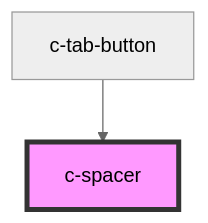
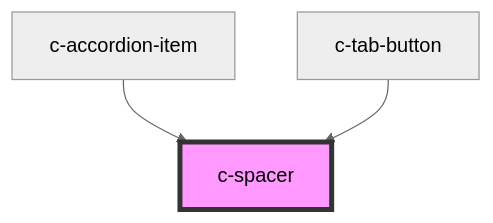
Before and after one commit to hannyle/csc-ui: the diagram in src/components/spacer/readme.md, drawn with Mermaid (neutral theme). The commit also changed other lines of this file and 14 other files, not shown here.

````diff
--- a/src/components/spacer/readme.md
+++ b/src/components/spacer/readme.md
@@ -15,5 +16,6 @@
 ```mermaid
 graph TD;
+  c-accordion-item --> c-spacer
   c-tab-button --> c-spacer
   style c-spacer fill:#f9f,stroke:#333,stroke-width:4px
 ```
````
